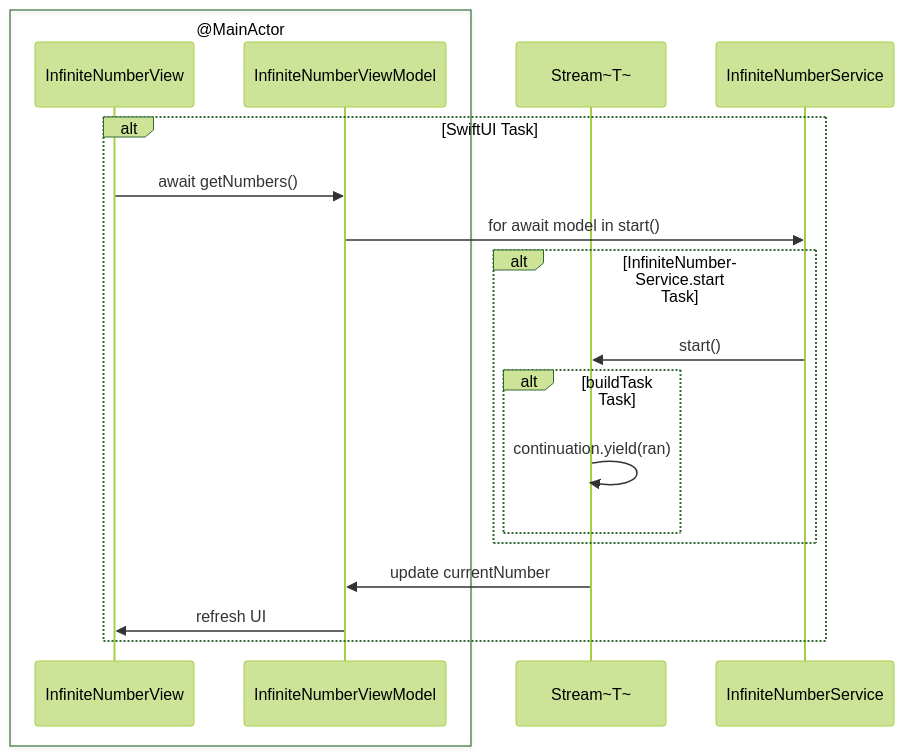
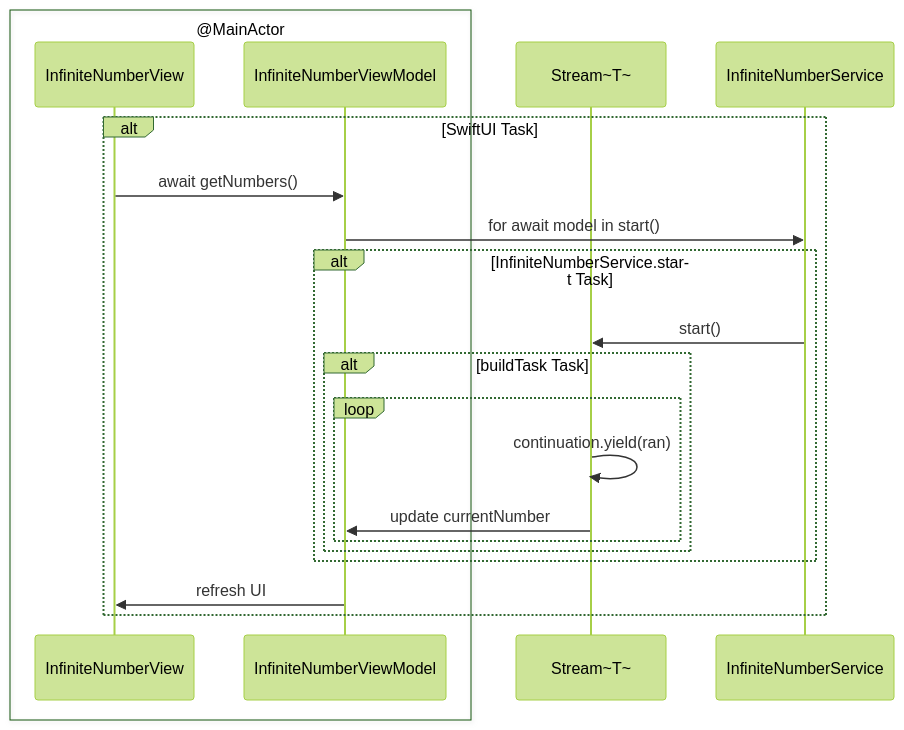
Before and after one commit to pakirby1/AsynchronousProgramming: diagram 14 of 16 in AsynchronousProgramming/Documentation/AsynchronousProgramming.md, drawn with Mermaid (forest theme). The commit also changed other lines of this file and 1 other file, not shown here.

````diff
--- a/AsynchronousProgramming/Documentation/AsynchronousProgramming.md
+++ b/AsynchronousProgramming/Documentation/AsynchronousProgramming.md
@@ -1325,22 +1325,24 @@
 ```mermaid
 sequenceDiagram
     box @MainActor
     participant InfiniteNumberView
     participant InfiniteNumberViewModel
     end
     participant Stream~T~
     participant InfiniteNumberService
 
     alt SwiftUI Task
     InfiniteNumberView->>InfiniteNumberViewModel: await getNumbers()
     InfiniteNumberViewModel->>InfiniteNumberService: for await model in start()
     alt InfiniteNumberService.start Task
     InfiniteNumberService->>Stream~T~: start()
-    alt buildTask Task 
-    Stream~T~->>Stream~T~: continuation.yield(ran)
+    alt buildTask Task
+    loop
+        Stream~T~->>Stream~T~: continuation.yield(ran)
+        Stream~T~->>InfiniteNumberViewModel: update currentNumber
+    end 
     end
     end
-    Stream~T~->>InfiniteNumberViewModel: update currentNumber
     InfiniteNumberViewModel->>InfiniteNumberView: refresh UI
     end
 ```
````
